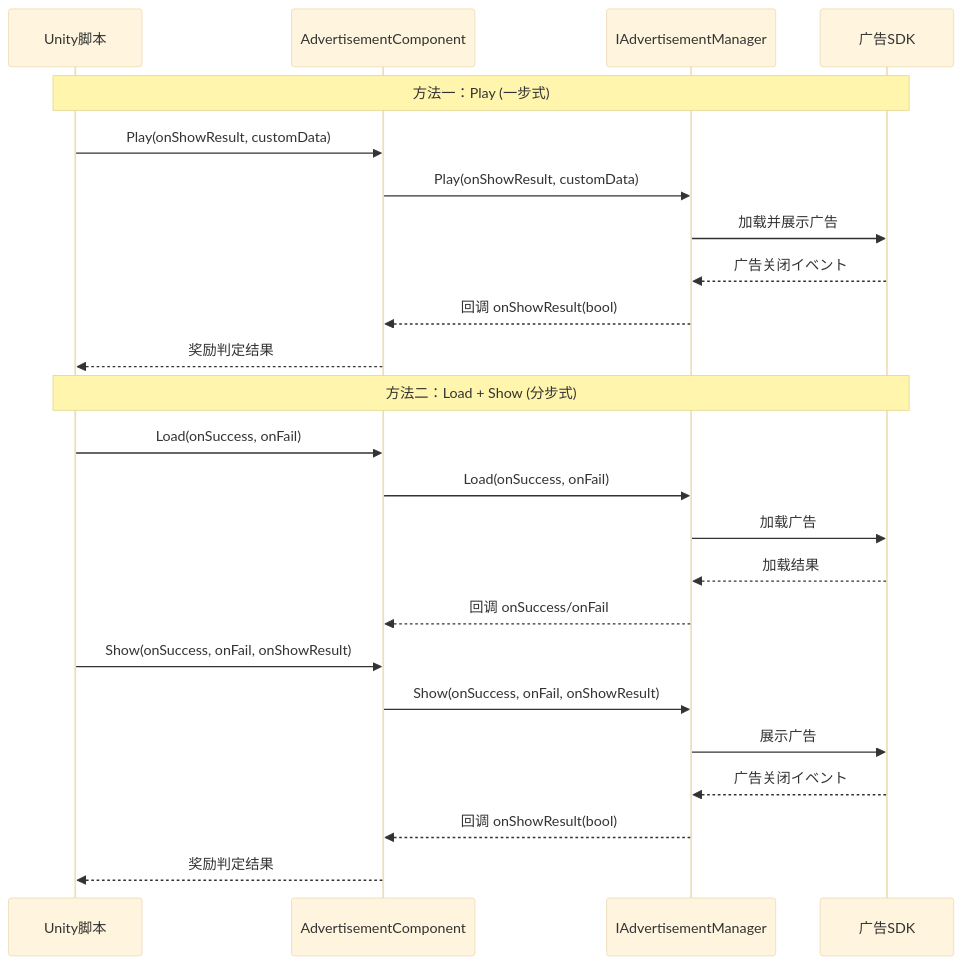
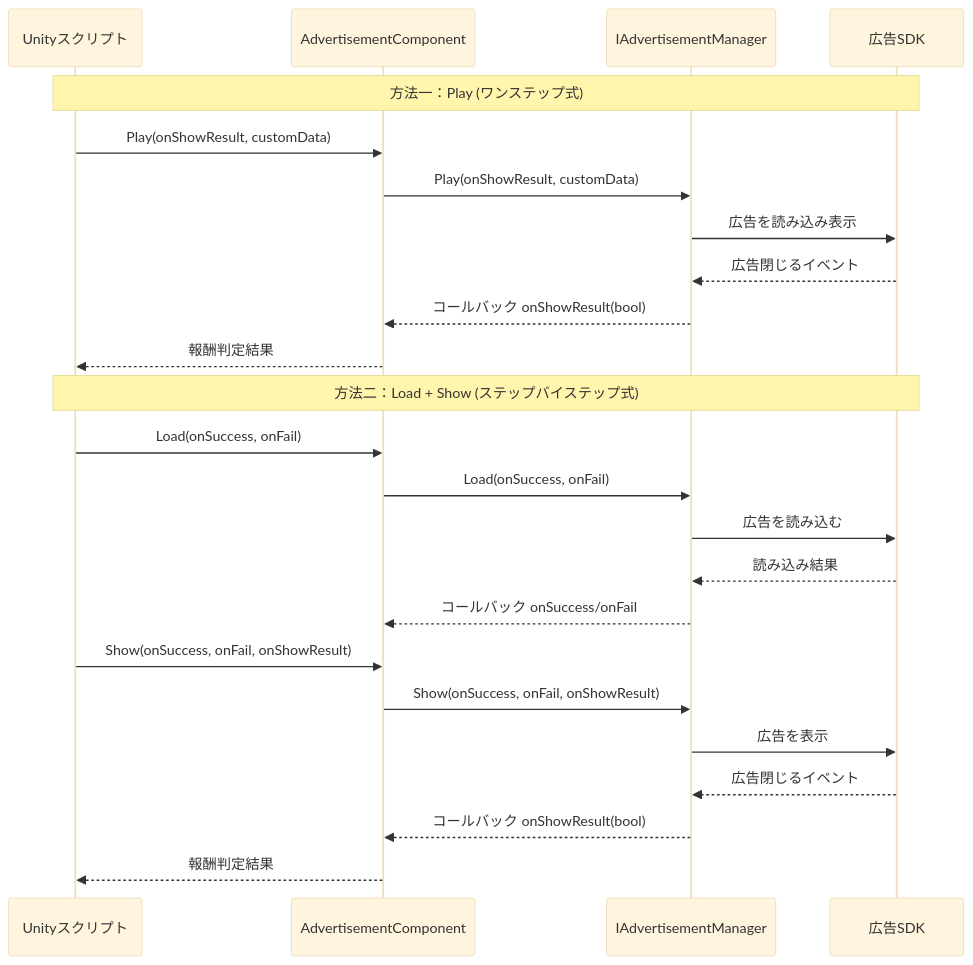
Before and after one commit to AlianBlank/GameFrameX.Docs: the second of 2 diagrams in docs/ja/client/unity/component/advertisement/04.core-concepts.md, drawn with Mermaid (base theme). The commit also changed other lines of this file and 320 other files, not shown here.

````diff
--- a/docs/ja/client/unity/component/advertisement/04.core-concepts.md
+++ b/docs/ja/client/unity/component/advertisement/04.core-concepts.md
@@ -198,29 +198,29 @@
 ```mermaid
 sequenceDiagram
-    participant Unity as Unity脚本
+    participant Unity as Unityスクリプト
     participant AC as AdvertisementComponent
     participant IAM as IAdvertisementManager
-    participant SDK as 广告SDK
+    participant SDK as 広告SDK
 
-    Note over Unity,SDK: 方法一：Play (一步式)
+    Note over Unity,SDK: 方法一：Play (ワンステップ式)
     Unity->>AC: Play(onShowResult, customData)
     AC->>IAM: Play(onShowResult, customData)
-    IAM->>SDK: 加载并展示广告
-    SDK-->>IAM: 广告关闭イベント
-    IAM-->>AC: 回调 onShowResult(bool)
-    AC-->>Unity: 奖励判定结果
+    IAM->>SDK: 広告を読み込み表示
+    SDK-->>IAM: 広告閉じるイベント
+    IAM-->>AC: コールバック onShowResult(bool)
+    AC-->>Unity: 報酬判定結果
 
-    Note over Unity,SDK: 方法二：Load + Show (分步式)
+    Note over Unity,SDK: 方法二：Load + Show (ステップバイステップ式)
     Unity->>AC: Load(onSuccess, onFail)
     AC->>IAM: Load(onSuccess, onFail)
-    IAM->>SDK: 加载广告
-    SDK-->>IAM: 加载结果
-    IAM-->>AC: 回调 onSuccess/onFail
-    
+    IAM->>SDK: 広告を読み込む
+    SDK-->>IAM: 読み込み結果
+    IAM-->>AC: コールバック onSuccess/onFail
+
     Unity->>AC: Show(onSuccess, onFail, onShowResult)
     AC->>IAM: Show(onSuccess, onFail, onShowResult)
-    IAM->>SDK: 展示广告
-    SDK-->>IAM: 广告关闭イベント
-    IAM-->>AC: 回调 onShowResult(bool)
-    AC-->>Unity: 奖励判定结果
+    IAM->>SDK: 広告を表示
+    SDK-->>IAM: 広告閉じるイベント
+    IAM-->>AC: コールバック onShowResult(bool)
+    AC-->>Unity: 報酬判定結果
 ```
````
